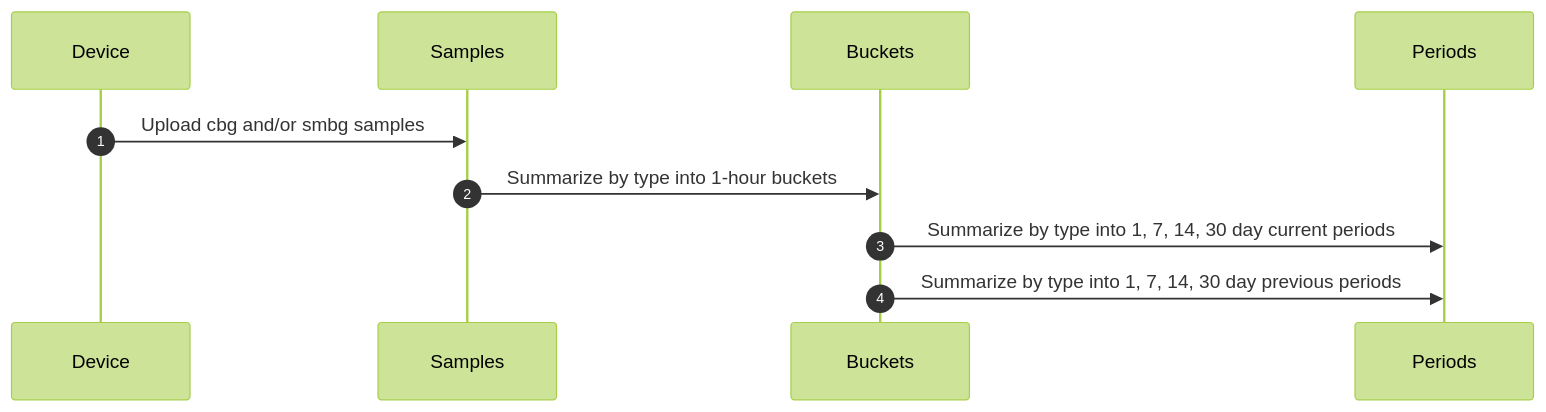
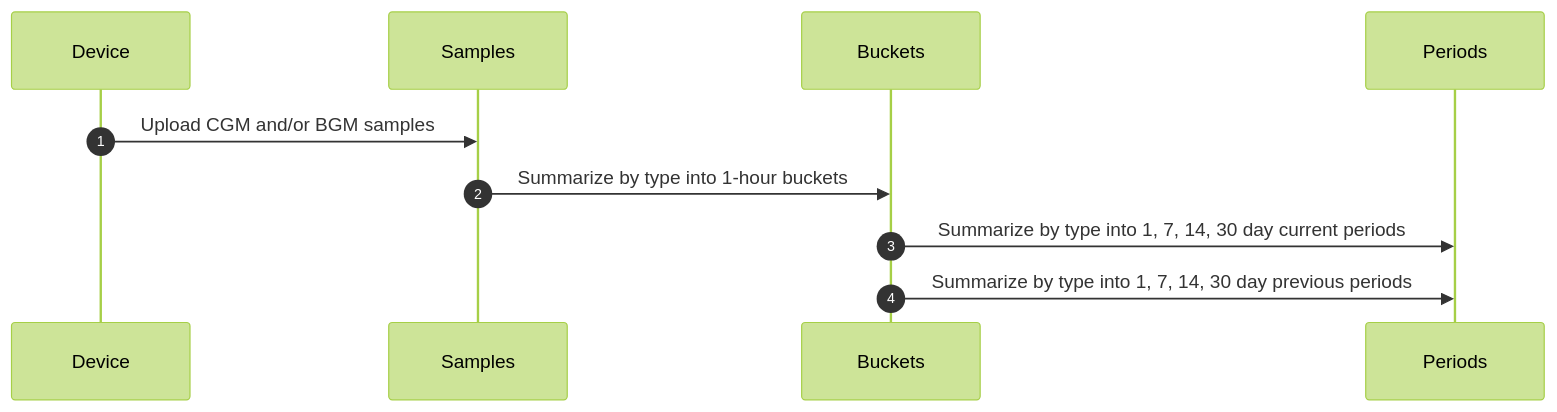
One commit to tidepool-org/TidepoolApi changed the second of 3 diagrams in docs/summary-data.md. Above: the diagram before and after it, drawn with Mermaid (forest theme). The commit also changed other lines of this file, not shown here.

Commit message:
Normalize terminology to CGM and BGM only. Add links to external sites.

````diff
--- a/docs/summary-data.md
+++ b/docs/summary-data.md
@@ -54,13 +54,13 @@
 ```mermaid
 sequenceDiagram
    autonumber
    participant Device as Device
    participant Samples as Samples
    participant Buckets as Buckets
    participant Periods as Periods
 
-   Device->>Samples: Upload cbg and/or smbg samples
+   Device->>Samples: Upload CGM and/or BGM samples
    Samples->>Buckets: Summarize by type into 1-hour buckets
    Buckets->>Periods: Summarize by type into 1, 7, 14, 30 day current periods
    Buckets->>Periods: Summarize by type into 1, 7, 14, 30 day previous periods
 ```
````
